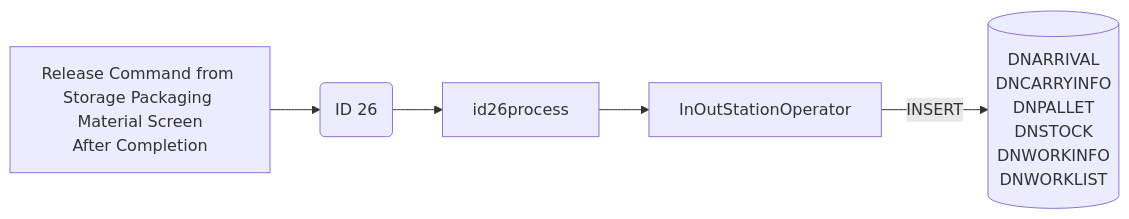
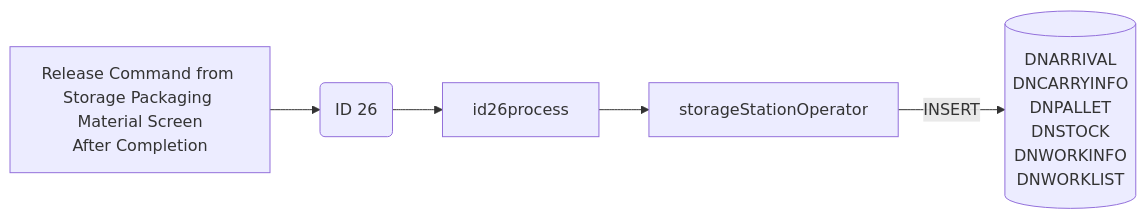
The second of 10 diagrams in Basic-Design/DFD-WMS/Storage/Empty-Pallet-Storage-to-Ambient-Area.md (luthfiadityaa/SimeDarby-Wiki), drawn with Mermaid before and after one commit. The commit also changed other lines of this file, not shown here.

Commit message:
Updated Empty Pallet Storage to Ambient Area

```diff
--- a/Basic-Design/DFD-WMS/Storage/Empty-Pallet-Storage-to-Ambient-Area.md
+++ b/Basic-Design/DFD-WMS/Storage/Empty-Pallet-Storage-to-Ambient-Area.md
@@ -101,26 +108,26 @@
 ::: mermaid
 flowchart LR
 
 releaseCommand["
 Release Command from Storage Packaging Material Screen
 After Completion 
 "]
 
 id26msg("
 ID 26
 ")
 
 id26-insert[("
 DNARRIVAL
 DNCARRYINFO
 DNPALLET
 DNSTOCK
 DNWORKINFO
 DNWORKLIST
 ")]
 
-InOutStationOperator[InOutStationOperator]
+storageStationOperator[storageStationOperator]
 
-releaseCommand-->id26msg-->id26process-->InOutStationOperator
-InOutStationOperator--> |INSERT| id26-insert
+releaseCommand-->id26msg-->id26process-->storageStationOperator
+storageStationOperator--> |INSERT| id26-insert
 :::
```
